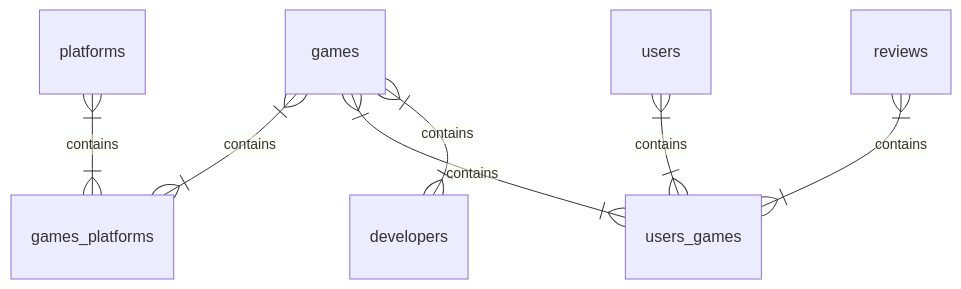
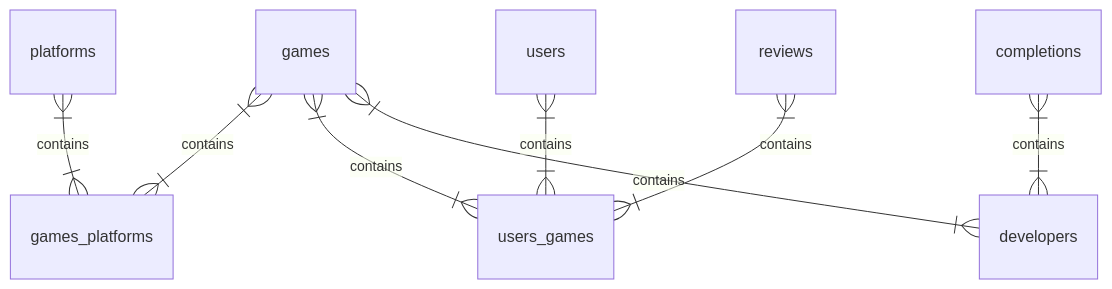
The first of 2 diagrams in README.md (Haikira/VGLogger), drawn with Mermaid before and after one commit.

````diff
--- a/README.md
+++ b/README.md
@@ -29,10 +29,11 @@
 ``` mermaid
 erDiagram
 
         games }|--|{ games_platforms : "contains"
         platforms }|--|{ games_platforms : "contains"
         games }|--|{ users_games : "contains"
         users}|--|{ users_games : "contains"
         reviews }|--|{ users_games : "contains"
         games }|--|{ developers : "contains"
+        completions }|--|{ developers : "contains"
 ```
````
